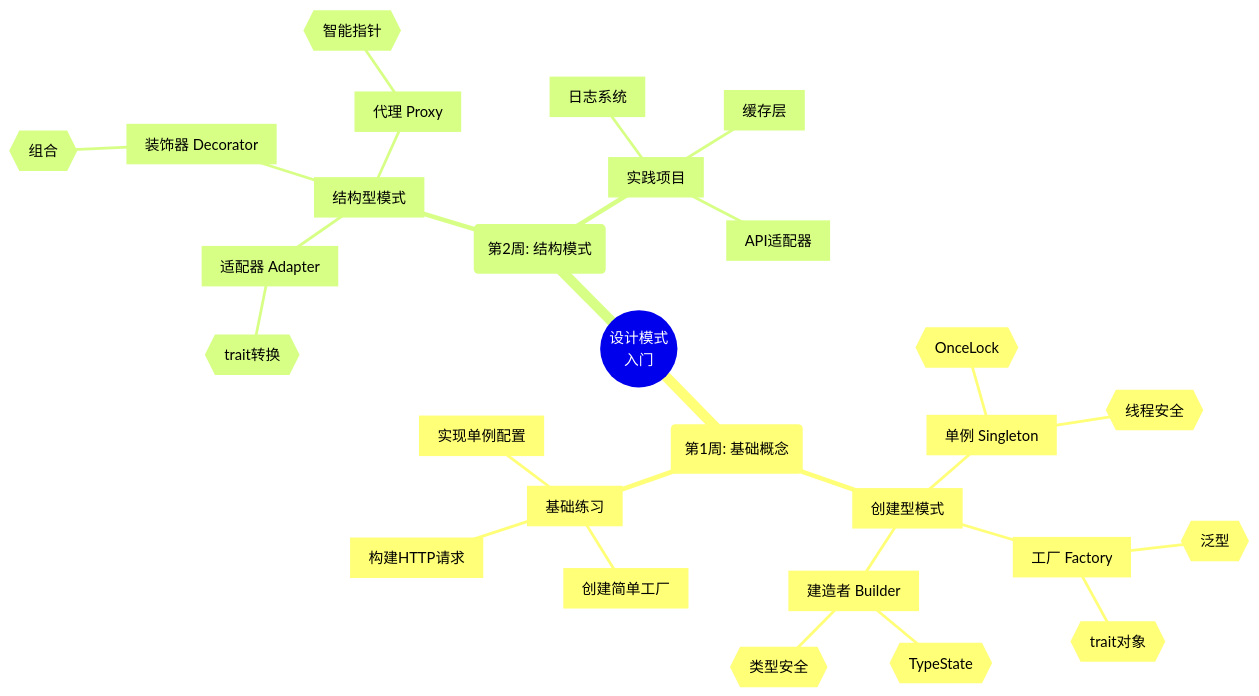
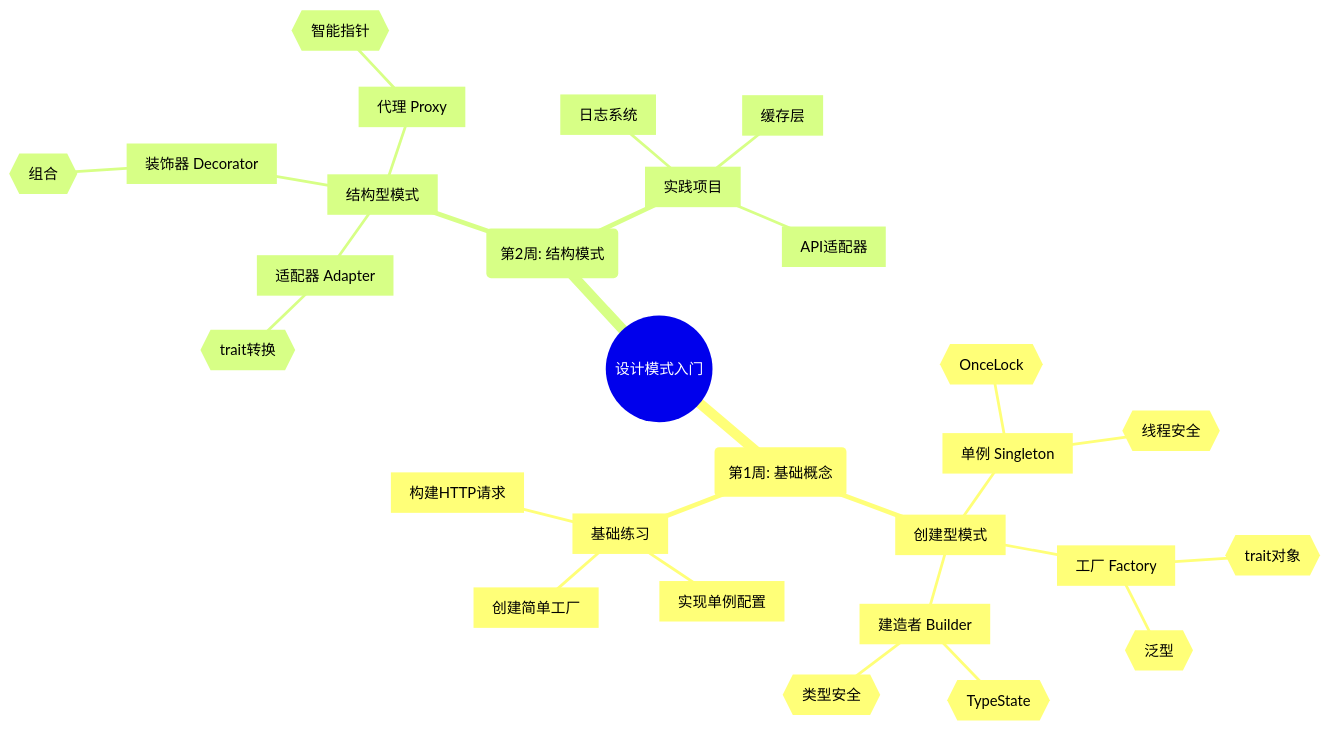
One commit to martin-ly/rust-lang changed the first of 20 diagrams in crates/c09_design_pattern/docs/MIND_MAP.md. Above: the diagram before and after it, drawn with Mermaid. The commit also changed other lines of this file and 42 other files, not shown here.

````diff
--- a/crates/c09_design_pattern/docs/MIND_MAP.md
+++ b/crates/c09_design_pattern/docs/MIND_MAP.md
@@ -66,33 +66,33 @@
 ```mermaid
 mindmap
-  root((设计模式<br/>入门))
+  root((设计模式入门))
     (第1周: 基础概念)
       [创建型模式]
         ::icon(fa fa-plus-circle)
         [单例 Singleton]
           {{OnceLock}}
           {{线程安全}}
         [工厂 Factory]
           {{trait对象}}
           {{泛型}}
         [建造者 Builder]
           {{TypeState}}
           {{类型安全}}
       [基础练习]
         [实现单例配置]
         [创建简单工厂]
         [构建HTTP请求]
     (第2周: 结构模式)
       [结构型模式]
         ::icon(fa fa-cubes)
         [适配器 Adapter]
           {{trait转换}}
         [装饰器 Decorator]
           {{组合}}
         [代理 Proxy]
           {{智能指针}}
       [实践项目]
         [日志系统]
         [缓存层]
         [API适配器]
 ```
````
